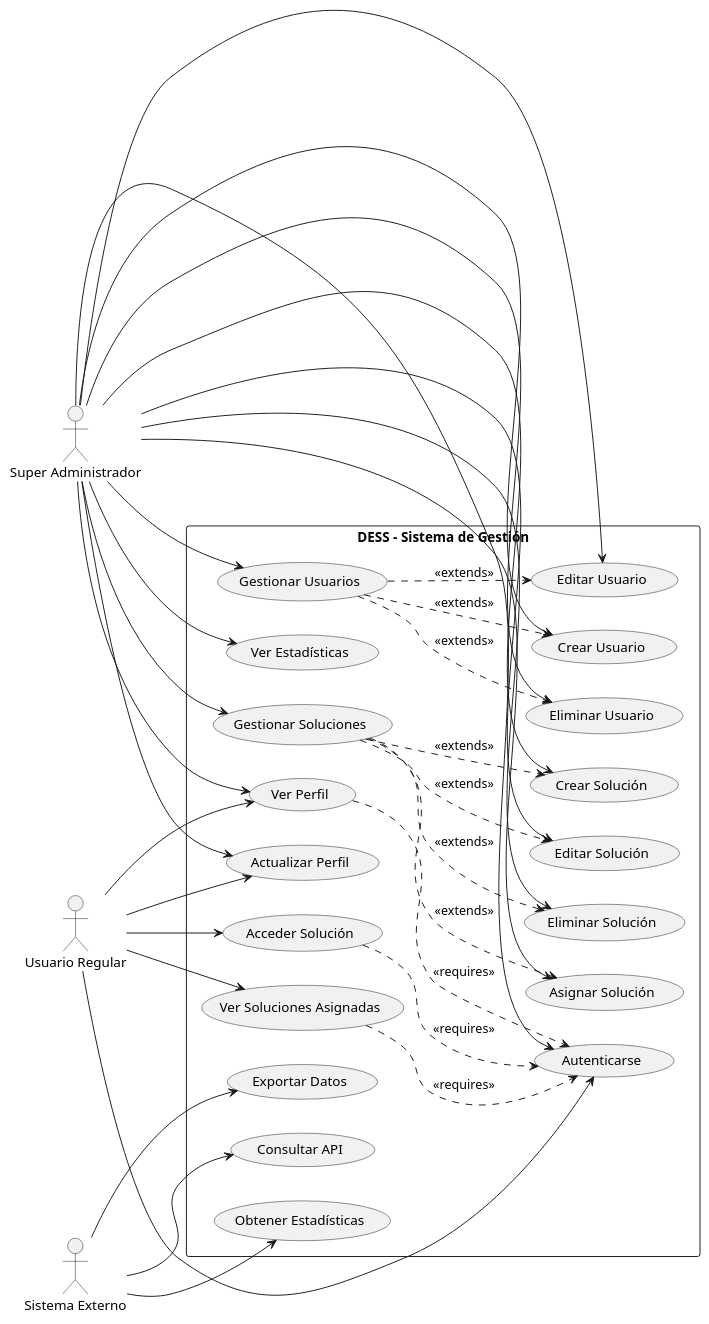
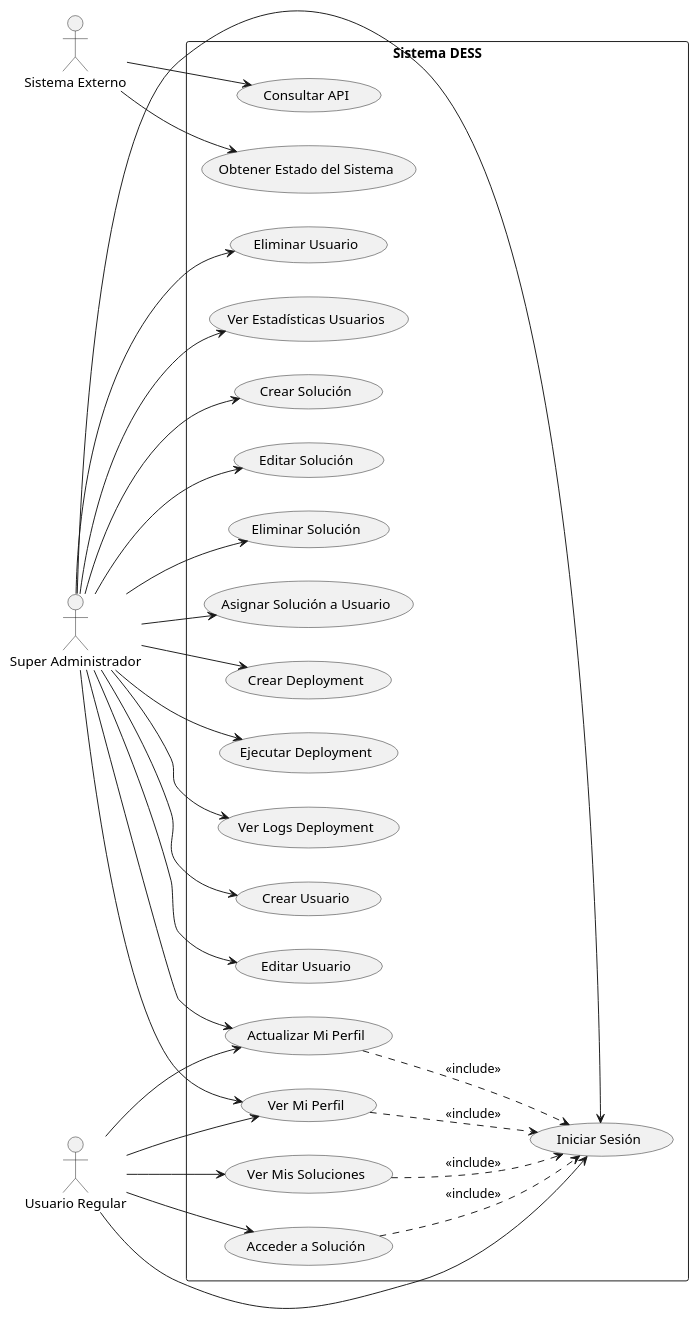
Before and after one commit to KENSHIN11083012/DESS: the fourth of 8 diagrams in DOCUMENTACION_TECNICA_DESS.md, drawn with PlantUML. The commit also changed other lines of this file and 17 other files, not shown here.

````diff
--- a/DOCUMENTACION_TECNICA_DESS.md
+++ b/DOCUMENTACION_TECNICA_DESS.md
@@ -409,77 +409,71 @@
 ```plantuml
 @startuml
 left to right direction
 actor "Super Administrador" as SuperAdmin
 actor "Usuario Regular" as RegularUser
 actor "Sistema Externo" as ExternalSystem
 
-rectangle "DESS - Sistema de Gestión" {
+rectangle "Sistema DESS" {
     
-    usecase "Gestionar Usuarios" as ManageUsers
     usecase "Crear Usuario" as CreateUser
     usecase "Editar Usuario" as EditUser
     usecase "Eliminar Usuario" as DeleteUser
-    usecase "Ver Estadísticas" as ViewStats
+    usecase "Ver Estadísticas Usuarios" as ViewUserStats
     
-    usecase "Gestionar Soluciones" as ManageSolutions
     usecase "Crear Solución" as CreateSolution
     usecase "Editar Solución" as EditSolution
     usecase "Eliminar Solución" as DeleteSolution
-    usecase "Asignar Solución" as AssignSolution
+    usecase "Asignar Solución a Usuario" as AssignSolution
     
-    usecase "Autenticarse" as Authenticate
-    usecase "Ver Perfil" as ViewProfile
-    usecase "Actualizar Perfil" as UpdateProfile
-    usecase "Ver Soluciones Asignadas" as ViewAssignedSolutions
-    usecase "Acceder Solución" as AccessSolution
+    usecase "Crear Deployment" as CreateDeployment
+    usecase "Ejecutar Deployment" as ExecuteDeployment
+    usecase "Ver Logs Deployment" as ViewDeploymentLogs
+    
+    usecase "Iniciar Sesión" as Login
+    usecase "Ver Mi Perfil" as ViewProfile
+    usecase "Actualizar Mi Perfil" as UpdateProfile
+    usecase "Ver Mis Soluciones" as ViewMySolutions
+    usecase "Acceder a Solución" as AccessSolution
     
     usecase "Consultar API" as QueryAPI
-    usecase "Obtener Estadísticas" as GetStats
-    usecase "Exportar Datos" as ExportData
+    usecase "Obtener Estado del Sistema" as GetSystemStatus
 }
 
-' Relaciones Super Administrador
-SuperAdmin --> ManageUsers
+' Super Administrador - Gestión completa
 SuperAdmin --> CreateUser
 SuperAdmin --> EditUser  
 SuperAdmin --> DeleteUser
-SuperAdmin --> ViewStats
+SuperAdmin --> ViewUserStats
 
-SuperAdmin --> ManageSolutions
 SuperAdmin --> CreateSolution
 SuperAdmin --> EditSolution
 SuperAdmin --> DeleteSolution
 SuperAdmin --> AssignSolution
 
-SuperAdmin --> Authenticate
+SuperAdmin --> CreateDeployment
+SuperAdmin --> ExecuteDeployment
+SuperAdmin --> ViewDeploymentLogs
+
+SuperAdmin --> Login
 SuperAdmin --> ViewProfile
 SuperAdmin --> UpdateProfile
 
-' Relaciones Usuario Regular
-RegularUser --> Authenticate
+' Usuario Regular - Acceso limitado
+RegularUser --> Login
 RegularUser --> ViewProfile
 RegularUser --> UpdateProfile
-RegularUser --> ViewAssignedSolutions
+RegularUser --> ViewMySolutions
 RegularUser --> AccessSolution
 
-' Relaciones Sistema Externo
+' Sistema Externo - APIs
 ExternalSystem --> QueryAPI
-ExternalSystem --> GetStats
-ExternalSystem --> ExportData
+ExternalSystem --> GetSystemStatus
 
-' Extensiones y dependencias
-ManageUsers ..> CreateUser : <<extends>>
-ManageUsers ..> EditUser : <<extends>>
-ManageUsers ..> DeleteUser : <<extends>>
-
-ManageSolutions ..> CreateSolution : <<extends>>
-ManageSolutions ..> EditSolution : <<extends>>
-ManageSolutions ..> DeleteSolution : <<extends>>
-ManageSolutions ..> AssignSolution : <<extends>>
-
-AccessSolution ..> Authenticate : <<requires>>
-ViewAssignedSolutions ..> Authenticate : <<requires>>
-ViewProfile ..> Authenticate : <<requires>>
+' Relaciones de inclusión
+ViewMySolutions ..> Login : <<include>>
+AccessSolution ..> Login : <<include>>
+ViewProfile ..> Login : <<include>>
+UpdateProfile ..> Login : <<include>>
 
 @enduml
 ```
````
